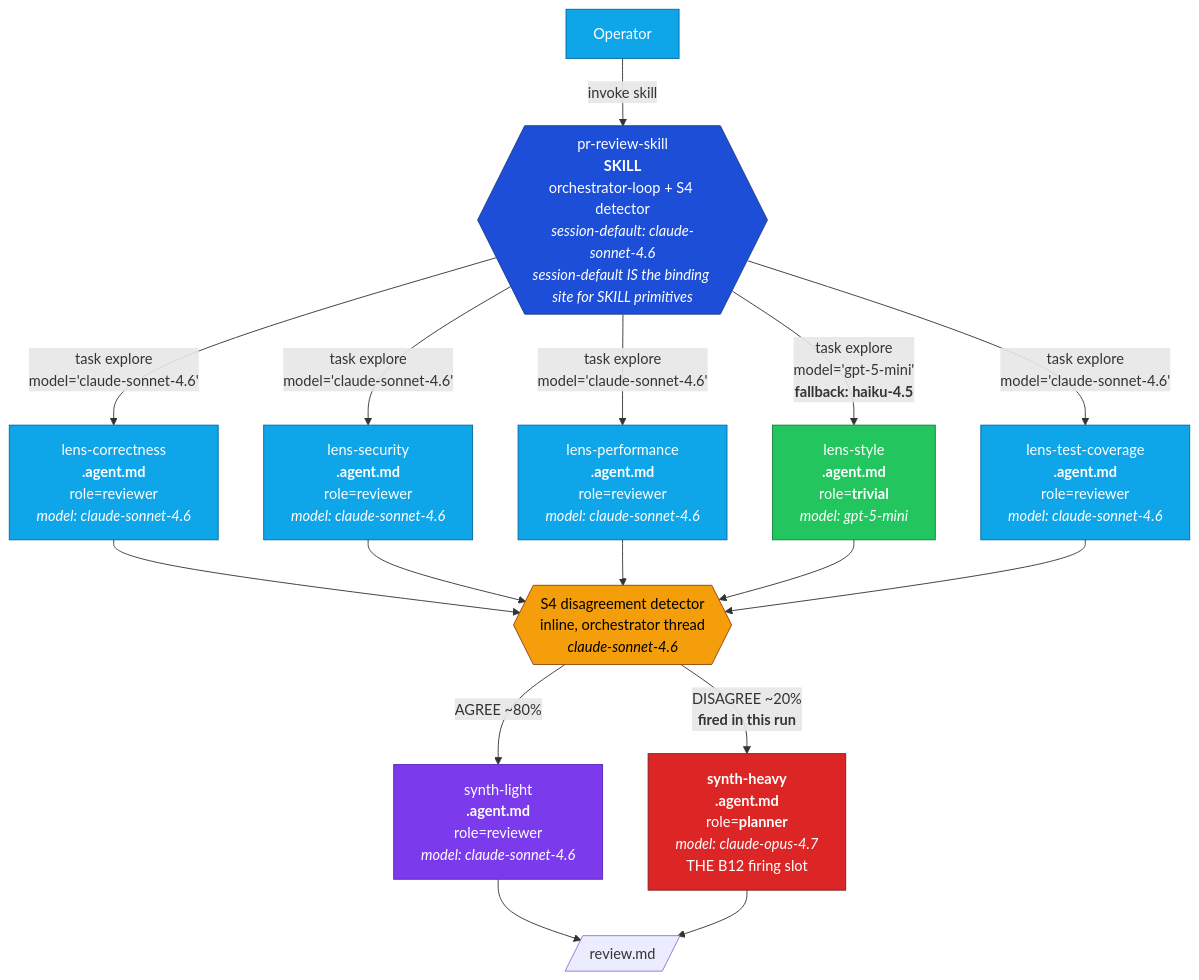
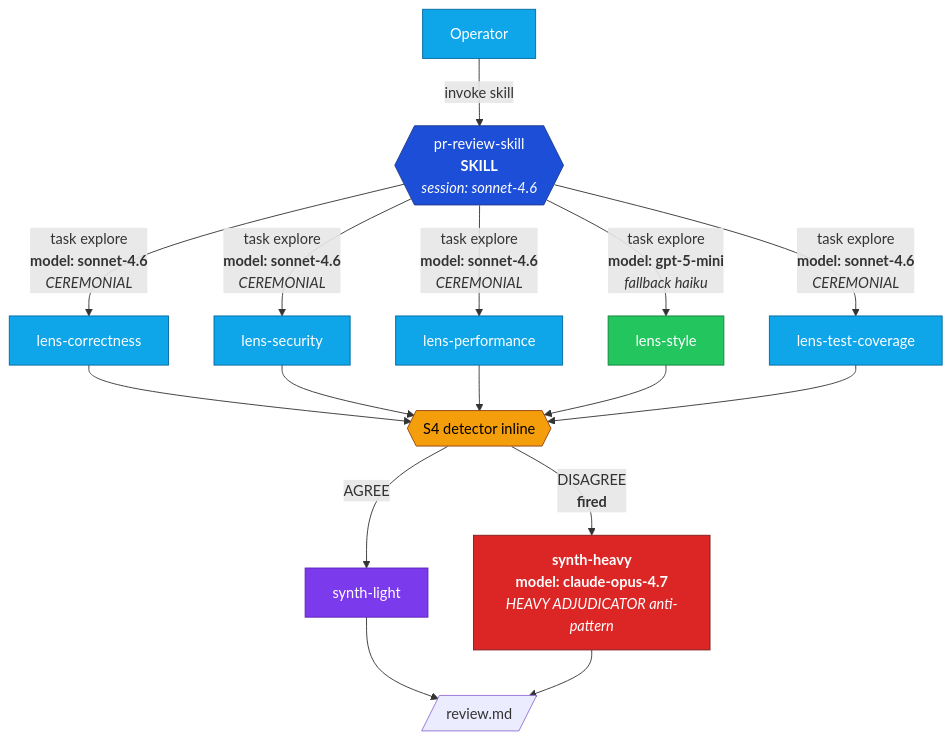
One commit to jeremiah-snee-openx/genesis changed the third of 3 diagrams in dev/empirical-proof/ab-experiment-apm-1424/REPORT.md. Above: the diagram before and after it, drawn with Mermaid. The commit also changed other lines of this file and 32 other files, not shown here.

````diff
--- a/dev/empirical-proof/ab-experiment-apm-1424/REPORT.md
+++ b/dev/empirical-proof/ab-experiment-apm-1424/REPORT.md
@@ -67,31 +117,31 @@
 ```mermaid
 flowchart TB
     classDef sk fill:#1d4ed8,stroke:#1e3a8a,color:#fff
     classDef ag fill:#0ea5e9,stroke:#0369a1,color:#fff
     classDef low fill:#22c55e,stroke:#15803d,color:#fff
     classDef high fill:#dc2626,stroke:#7f1d1d,color:#fff
     classDef arb fill:#7c3aed,stroke:#5b21b6,color:#fff
     classDef gate fill:#f59e0b,stroke:#92400e,color:#000
 
     OP[Operator]:::ag -->|invoke skill| OR
-    OR{{pr-review-skill<br/><b>SKILL</b><br/>orchestrator-loop + S4 detector<br/><i>session-default: claude-sonnet-4.6</i><br/><i>session-default IS the binding site for SKILL primitives</i>}}:::sk
+    OR{{pr-review-skill<br/><b>SKILL</b><br/><i>session: sonnet-4.6</i>}}:::sk
 
-    OR -->|task explore<br/>model='claude-sonnet-4.6'| L1[lens-correctness<br/><b>.agent.md</b><br/>role=reviewer<br/><i>model: claude-sonnet-4.6</i>]:::ag
-    OR -->|task explore<br/>model='claude-sonnet-4.6'| L2[lens-security<br/><b>.agent.md</b><br/>role=reviewer<br/><i>model: claude-sonnet-4.6</i>]:::ag
-    OR -->|task explore<br/>model='claude-sonnet-4.6'| L3[lens-performance<br/><b>.agent.md</b><br/>role=reviewer<br/><i>model: claude-sonnet-4.6</i>]:::ag
-    OR -->|task explore<br/>model='gpt-5-mini'<br/><b>fallback: haiku-4.5</b>| L4[lens-style<br/><b>.agent.md</b><br/>role=<b>trivial</b><br/><i>model: gpt-5-mini</i>]:::low
-    OR -->|task explore<br/>model='claude-sonnet-4.6'| L5[lens-test-coverage<br/><b>.agent.md</b><br/>role=reviewer<br/><i>model: claude-sonnet-4.6</i>]:::ag
+    OR -->|task explore<br/><b>model: sonnet-4.6</b><br/><i>CEREMONIAL</i>| L1[lens-correctness]:::ag
+    OR -->|task explore<br/><b>model: sonnet-4.6</b><br/><i>CEREMONIAL</i>| L2[lens-security]:::ag
+    OR -->|task explore<br/><b>model: sonnet-4.6</b><br/><i>CEREMONIAL</i>| L3[lens-performance]:::ag
+    OR -->|task explore<br/><b>model: gpt-5-mini</b><br/><i>fallback haiku</i>| L4[lens-style]:::low
+    OR -->|task explore<br/><b>model: sonnet-4.6</b><br/><i>CEREMONIAL</i>| L5[lens-test-coverage]:::ag
 
     L1 --> GATE
     L2 --> GATE
     L3 --> GATE
     L4 --> GATE
     L5 --> GATE
-    GATE{{S4 disagreement detector<br/>inline, orchestrator thread<br/><i>claude-sonnet-4.6</i>}}:::gate
+    GATE{{S4 detector inline}}:::gate
 
-    GATE -->|AGREE ~80%| LIGHT[synth-light<br/><b>.agent.md</b><br/>role=reviewer<br/><i>model: claude-sonnet-4.6</i>]:::arb
-    GATE -->|DISAGREE ~20%<br/><b>fired in this run</b>| HEAVY[<b>synth-heavy</b><br/><b>.agent.md</b><br/>role=<b>planner</b><br/><i>model: claude-opus-4.7</i><br/>THE B12 firing slot]:::high
+    GATE -->|AGREE| LIGHT[synth-light]:::arb
+    GATE -->|DISAGREE<br/><b>fired</b>| HEAVY[<b>synth-heavy</b><br/><b>model: claude-opus-4.7</b><br/><i>HEAVY ADJUDICATOR anti-pattern</i>]:::high
 
     LIGHT --> OUT[/review.md/]
     HEAVY --> OUT
 ```
````
